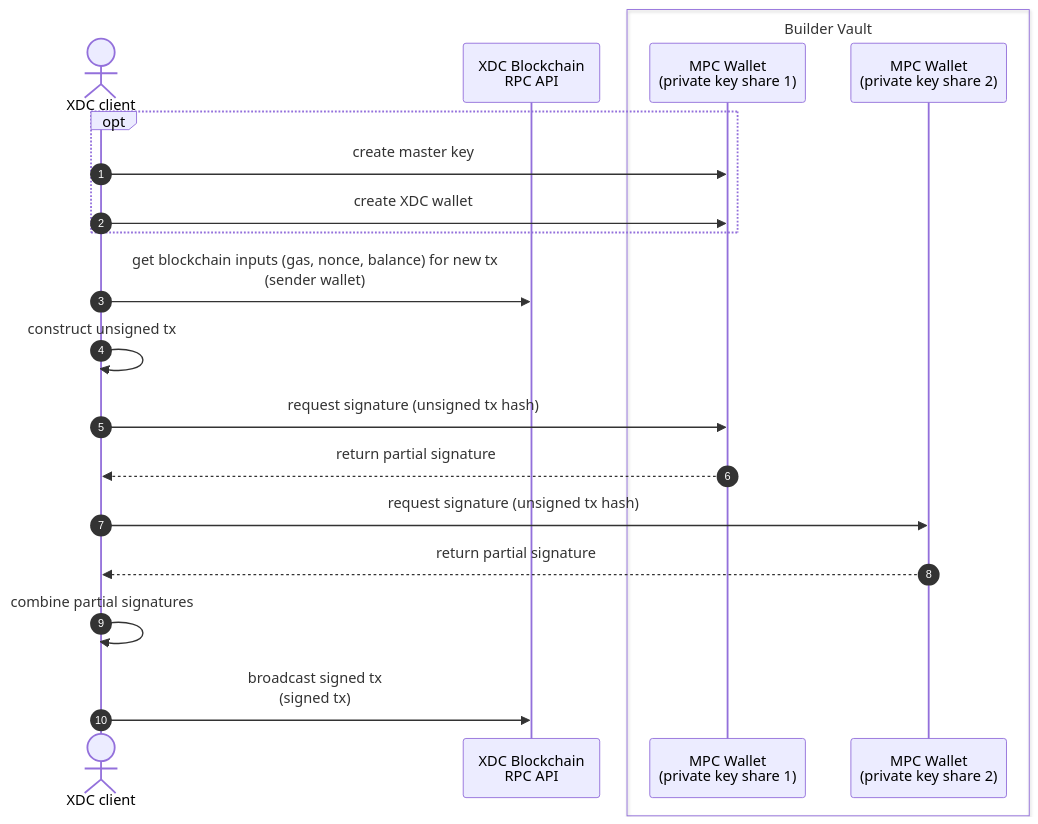
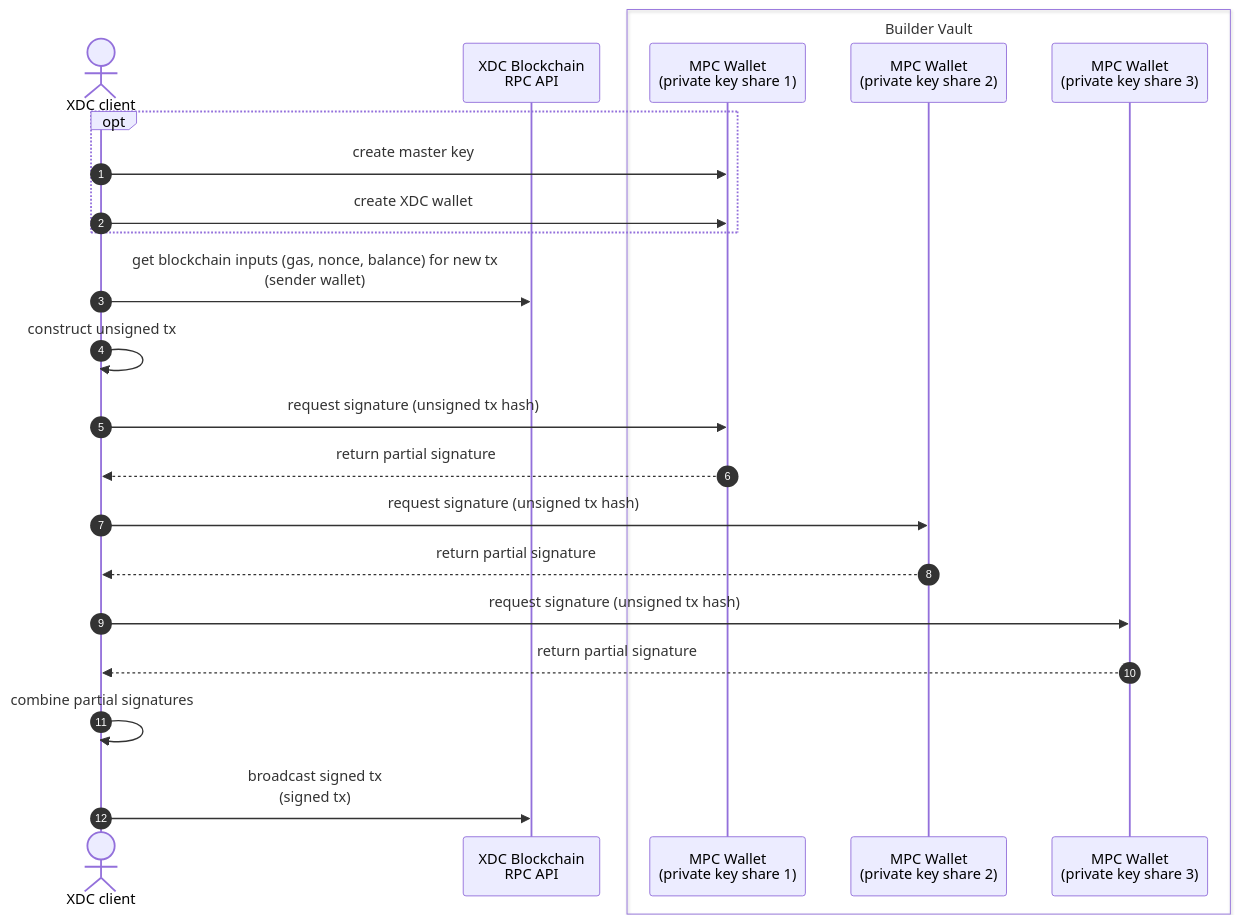
Before and after one commit to Blockdaemon/builder-vault-xdc-workshop: the diagram in README.md, drawn with Mermaid. The commit also changed other lines of this file and 4 other files, not shown here.

````diff
--- a/README.md
+++ b/README.md
@@ -4,25 +4,28 @@
 ```mermaid
 sequenceDiagram
     autonumber
     actor client as XDC client
     participant Blockchain as XDC Blockchain<br> RPC API
     box Builder Vault
       participant TSM1 as MPC Wallet <br>(private key share 1)
       participant TSM2 as MPC Wallet <br>(private key share 2)
+      participant TSM3 as MPC Wallet <br>(private key share 3)
     end
     #note over client,TSM2: Create wallet
     opt
       client ->> TSM1: create master key
       client ->> TSM1: create XDC wallet 
     end
 
     #note over client,TSM2: Create transations
     client ->> Blockchain: get blockchain inputs (gas, nonce, balance) for new tx<br>(sender wallet)
     client ->> client: construct unsigned tx
     client ->> TSM1: request signature (unsigned tx hash)
     TSM1 -->> client: return partial signature
     client ->> TSM2: request signature (unsigned tx hash)
     TSM2 -->> client: return partial signature
+    client ->> TSM3: request signature (unsigned tx hash)
+    TSM3 -->> client: return partial signature
     client ->> client: combine partial signatures
     client ->> Blockchain: broadcast signed tx<br>(signed tx)
 ```
````
